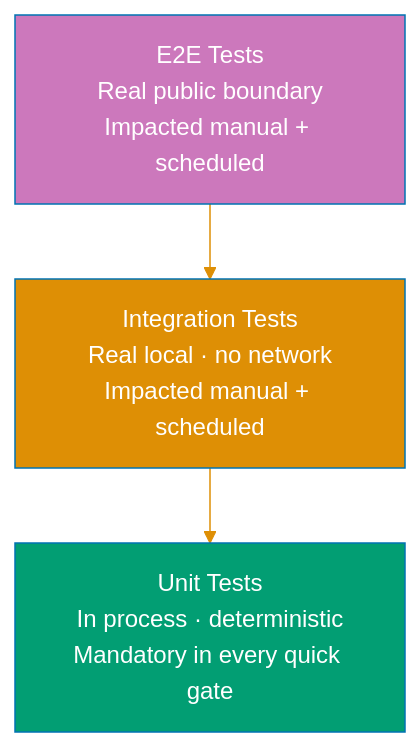
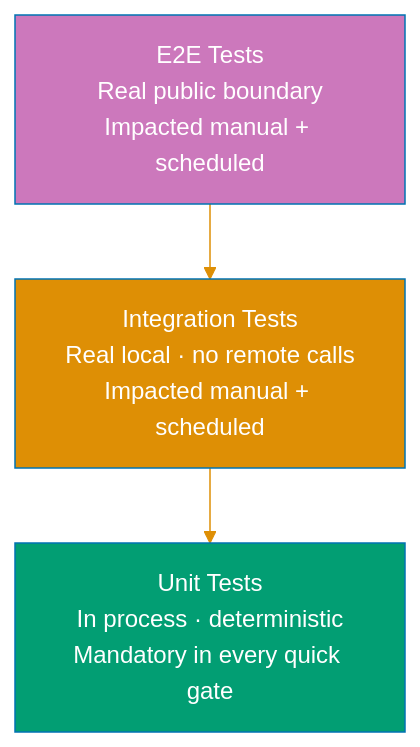
Before and after one commit to wahidyankf/open-sharia-fintech: the diagram in docs/explanation/software-engineering/development/test-driven-development-tdd/three-tier-testing.md, drawn with Mermaid. The commit also changed other lines of this file and 44 other files, not shown here.

````diff
--- a/docs/explanation/software-engineering/development/test-driven-development-tdd/three-tier-testing.md
+++ b/docs/explanation/software-engineering/development/test-driven-development-tdd/three-tier-testing.md
@@ -139,14 +140,14 @@
 ```mermaid
 %%{init: {'theme':'base', 'themeVariables': { 'primaryColor':'#0173B2','primaryTextColor':'#fff','primaryBorderColor':'#0173B2','lineColor':'#DE8F05','secondaryColor':'#029E73','tertiaryColor':'#CC78BC','fontSize':'16px'}}}%%
 flowchart TD
     E2E["E2E Tests\nReal public boundary\nImpacted manual + scheduled"]
-    INT["Integration Tests\nReal local · no network\nImpacted manual + scheduled"]
+    INT["Integration Tests\nReal local · no remote calls\nImpacted manual + scheduled"]
     UNIT["Unit Tests\nIn process · deterministic\nMandatory in every quick gate"]
 
     E2E --> INT
     INT --> UNIT
 
     style E2E fill:#CC78BC,color:#fff
     style INT fill:#DE8F05,color:#fff
     style UNIT fill:#029E73,color:#fff
 ```
````
